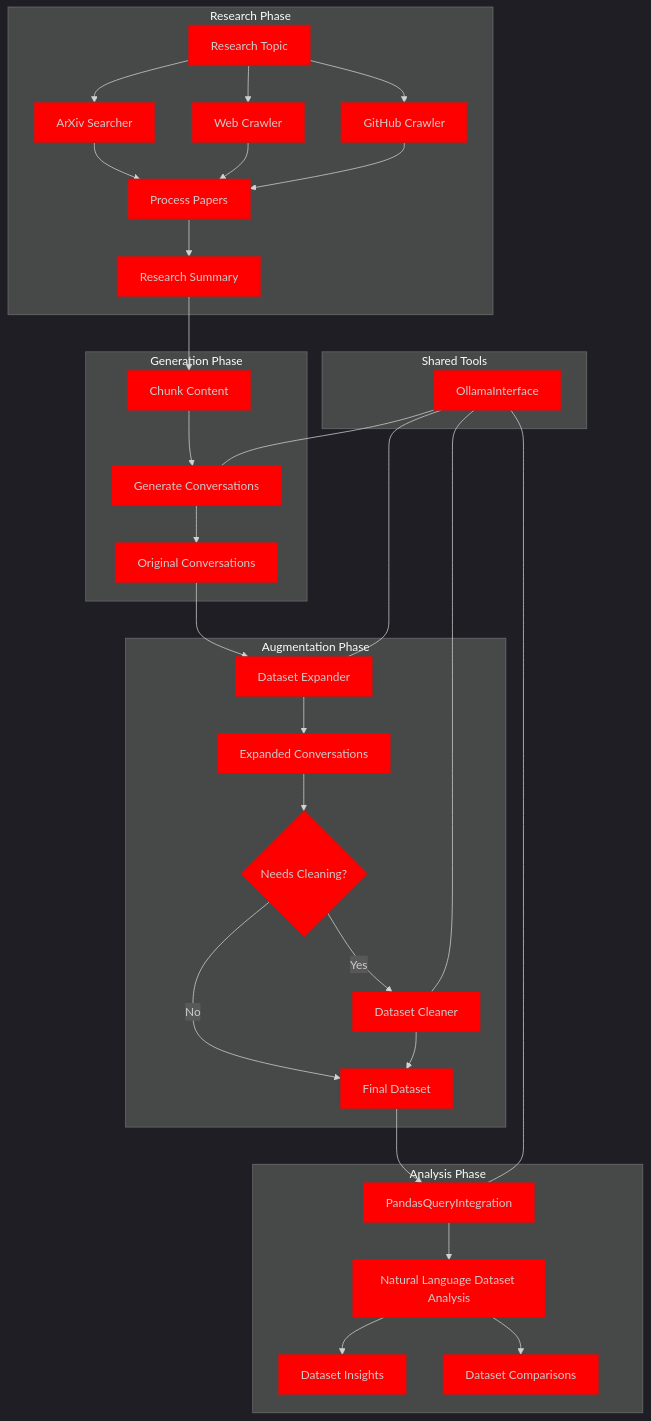
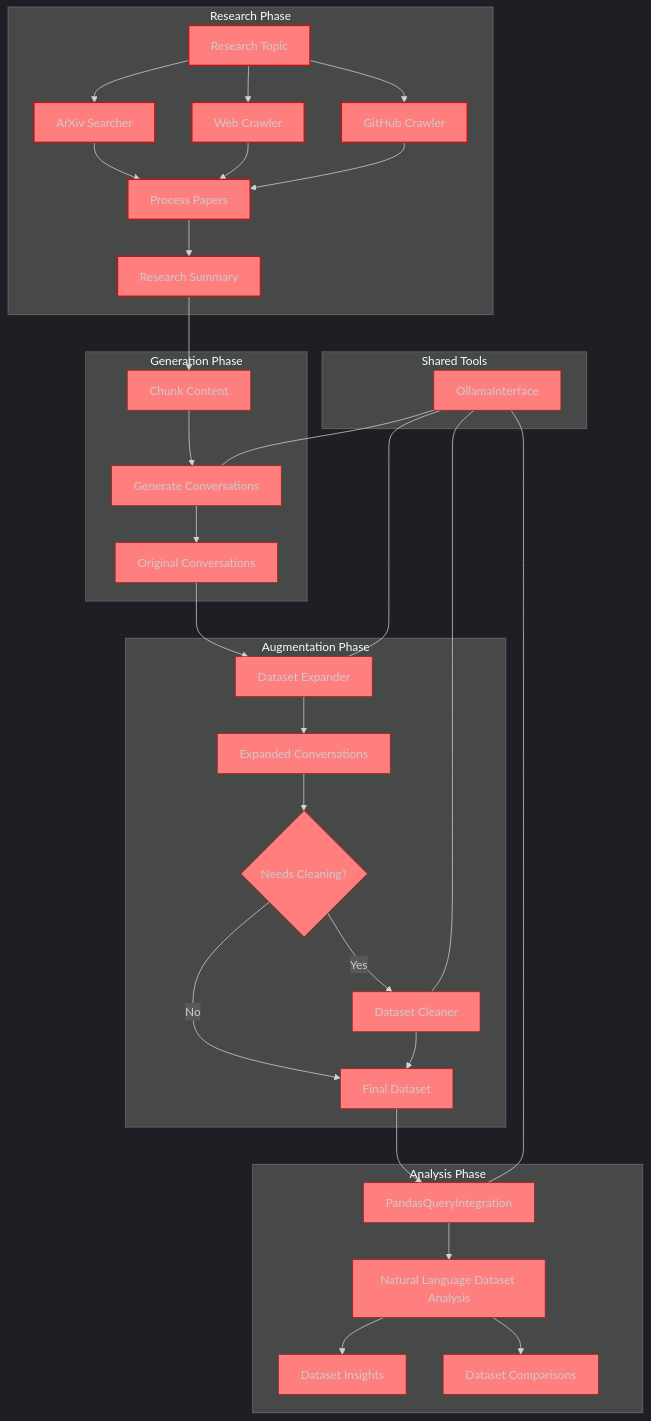
One commit to Ollama-Agent-Roll-Cage/agentChef changed the diagram in README.md. Above: the diagram before and after it, drawn with Mermaid.

````diff
--- a/README.md
+++ b/README.md
@@ -534,55 +534,54 @@
 ```mermaid
 %%{init: {'theme':'dark', 'themeVariables': {'primaryTextColor': '#000000', 'nodeTextColor': '#000000'}}}%%
 flowchart TD
     subgraph Research["Research Phase"]
         A[Research Topic] --> B[ArXiv Searcher]
         A --> C[Web Crawler]
         A --> D[GitHub Crawler]
         B --> E[Process Papers]
         C --> E
         D --> E
         E --> F[Research Summary]
     end
     
     subgraph Generation["Generation Phase"]
         F --> G[Chunk Content]
         G --> H[Generate Conversations]
         H --> I[Original Conversations]
     end
     
     subgraph Augmentation["Augmentation Phase"]
         I --> J[Dataset Expander]
         J --> K[Expanded Conversations]
         K --> L{Needs Cleaning?}
         L -- Yes --> M[Dataset Cleaner]
         L -- No --> N[Final Dataset]
         M --> N
     end
     
     subgraph Analysis["Analysis Phase"]
         N --> O[PandasQueryIntegration]
         O --> P[Natural Language Dataset Analysis]
         P --> Q[Dataset Insights]
         P --> R[Dataset Comparisons]
     end
     
     subgraph Tools["Shared Tools"]
         S[OllamaInterface] --- H
         S --- J
         S --- M
         S --- O
     end
     
-    classDef research fill:#ff0000,stroke:#b71c1c,stroke-width:2px
-    classDef generation fill:#ff0000,stroke:#b71c1c
-    classDef augmentation fill:#ff0000,stroke:#b71c1c
-    classDef analysis fill:#ff0000,stroke:#b71c1c
-    classDef tools fill:#ff0000,stroke:#b71c1c
+    classDef research fill:#ff7f7f,stroke:#b71c1c,stroke-width:2px
+    classDef generation fill:#ff7f7f,stroke:#b71c1c
+    classDef augmentation fill:#ff7f7f,stroke:#b71c1c
+    classDef analysis fill:#ff7f7f,stroke:#b71c1c
+    classDef tools fill:#ff7f7f,stroke:#b71c1c
 
     class A,B,C,D,E,F research
     class G,H,I generation
     class J,K,L,M,N augmentation
     class O,P,Q,R analysis
     class S tools
-
 ```
````
